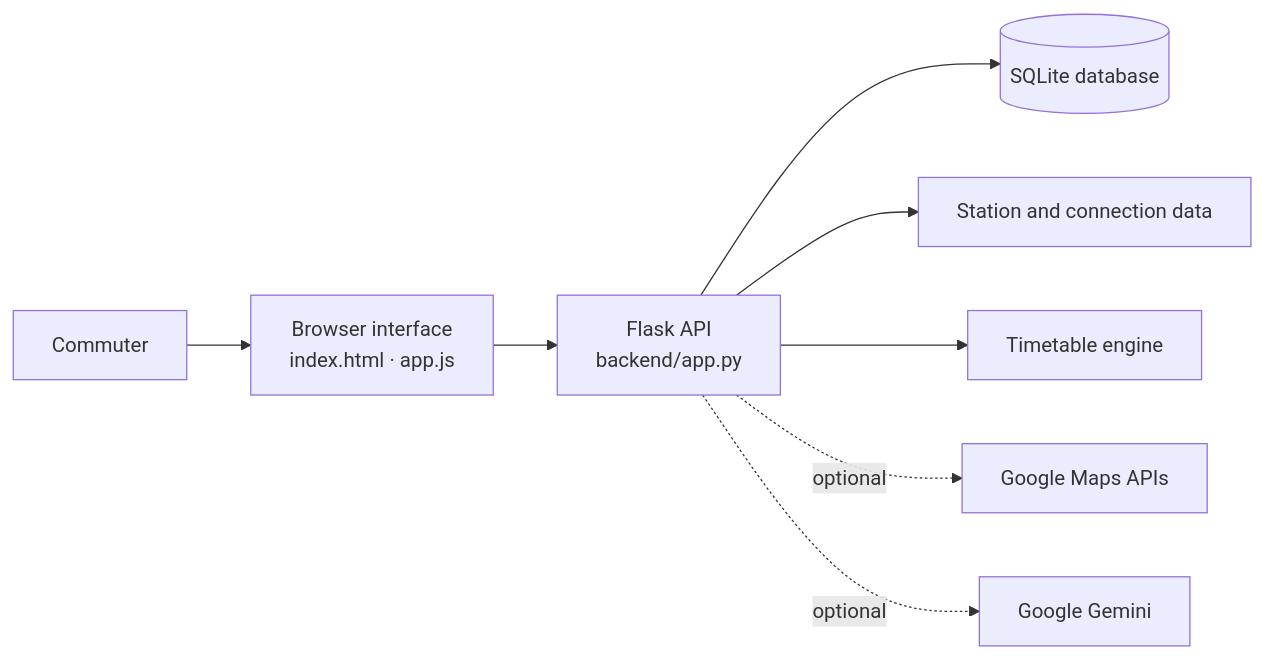
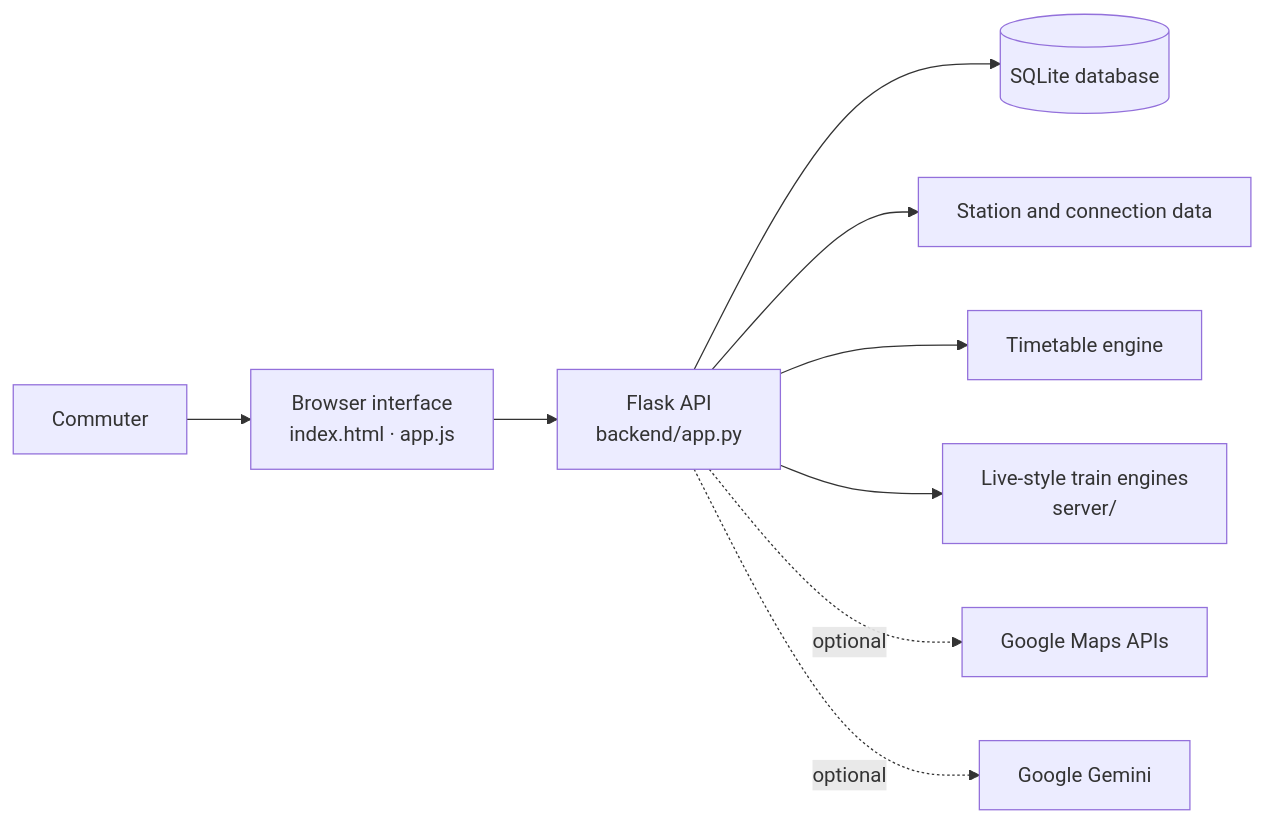
One commit to Manish-kumbhar07/central-saathi-mini-project- changed the diagram in README.md. Above: the diagram before and after it, drawn with Mermaid. The commit also changed other lines of this file, not shown here.

````diff
--- a/README.md
+++ b/README.md
@@ -48,10 +75,11 @@
 ```mermaid
 flowchart LR
     C[Commuter] --> UI[Browser interface<br/>index.html · app.js]
     UI --> API[Flask API<br/>backend/app.py]
     API --> DB[(SQLite database)]
     API --> ST[Station and connection data]
     API --> TT[Timetable engine]
+    API --> LT[Live-style train engines<br/>server/]
     API -. optional .-> MAPS[Google Maps APIs]
     API -. optional .-> AI[Google Gemini]
 ```
````
